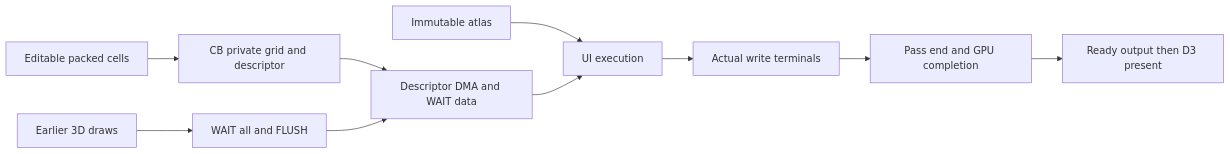
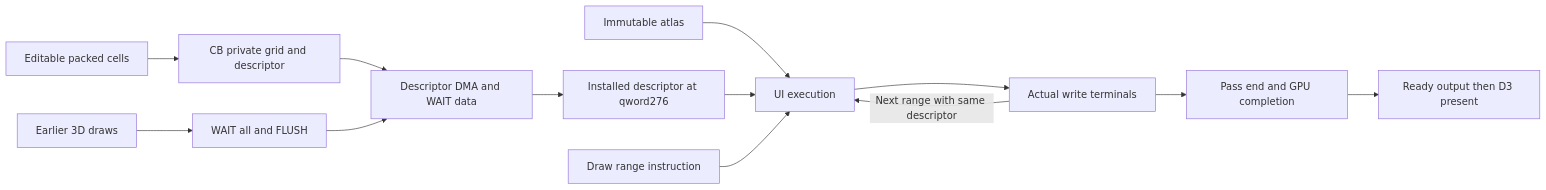
Before and after one commit to misdake/DigitalDesign: the second of 2 diagrams in systems/cpu-v3-tang-nano-20k/docs/gpu-driver.md, drawn with Mermaid. The commit also changed other lines of this file and 9 other files, not shown here.

````diff
--- a/systems/cpu-v3-tang-nano-20k/docs/gpu-driver.md
+++ b/systems/cpu-v3-tang-nano-20k/docs/gpu-driver.md
@@ -369,11 +401,14 @@
 ```mermaid
 flowchart LR
   C[Editable packed cells] --> S[CB private grid and descriptor]
   A[Immutable atlas] --> U[UI execution]
   D[Earlier 3D draws] --> F[WAIT all and FLUSH]
   S --> P[Descriptor DMA and WAIT data]
-  F --> P --> U
+  F --> P --> B[Installed descriptor at qword276]
+  B --> U
+  G[Draw range instruction] --> U
   U --> T[Actual write terminals]
+  T -->|Next range with same descriptor| U
   T --> E[Pass end and GPU completion]
   E --> R[Ready output then D3 present]
 ```
````
